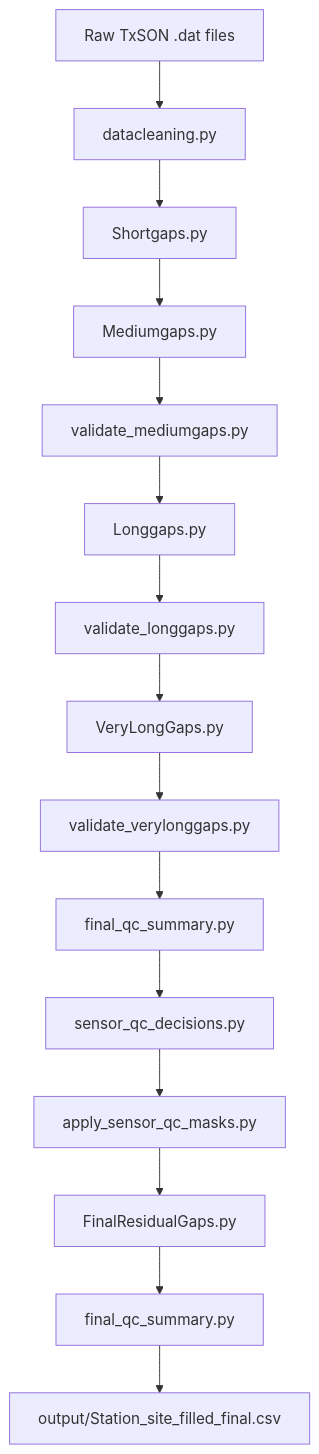
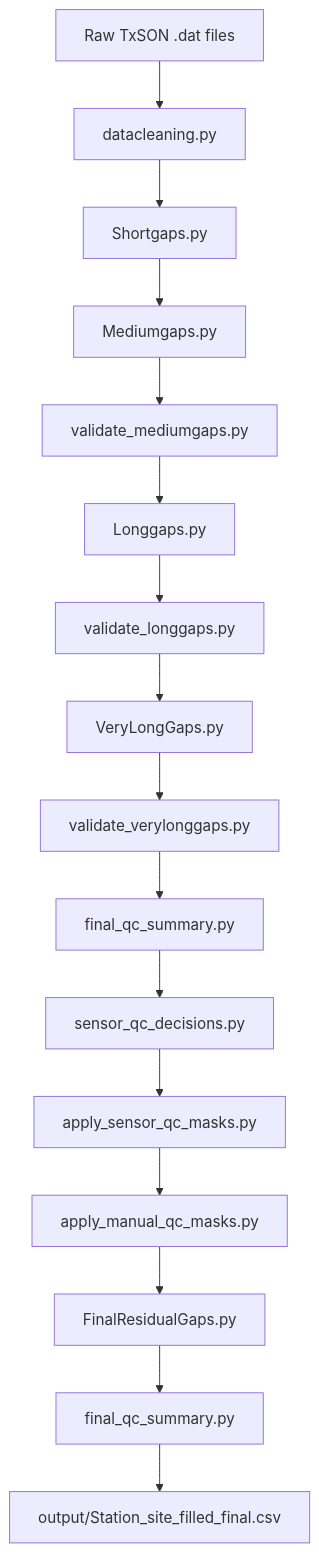
The diagram in data-cleanup/imputation_pipeline/README.md (kiat/tx-soil-moisture), drawn with Mermaid before and after one commit. The commit also changed other lines of this file and 8 other files, not shown here.

````diff
--- a/data-cleanup/imputation_pipeline/README.md
+++ b/data-cleanup/imputation_pipeline/README.md
@@ -136,17 +139,18 @@
 ```mermaid
 flowchart TD
     A[Raw TxSON .dat files] --> B[datacleaning.py]
     B --> C[Shortgaps.py]
     C --> D[Mediumgaps.py]
     D --> E[validate_mediumgaps.py]
     E --> F[Longgaps.py]
     F --> G[validate_longgaps.py]
     G --> H[VeryLongGaps.py]
     H --> I[validate_verylonggaps.py]
     I --> J[final_qc_summary.py]
     J --> K[sensor_qc_decisions.py]
     K --> L[apply_sensor_qc_masks.py]
-    L --> M[FinalResidualGaps.py]
-    M --> N[final_qc_summary.py]
-    N --> O[output/Station_site_filled_final.csv]
+    L --> M[apply_manual_qc_masks.py]
+    M --> N[FinalResidualGaps.py]
+    N --> O[final_qc_summary.py]
+    O --> P[output/Station_site_filled_final.csv]
 ```
````
